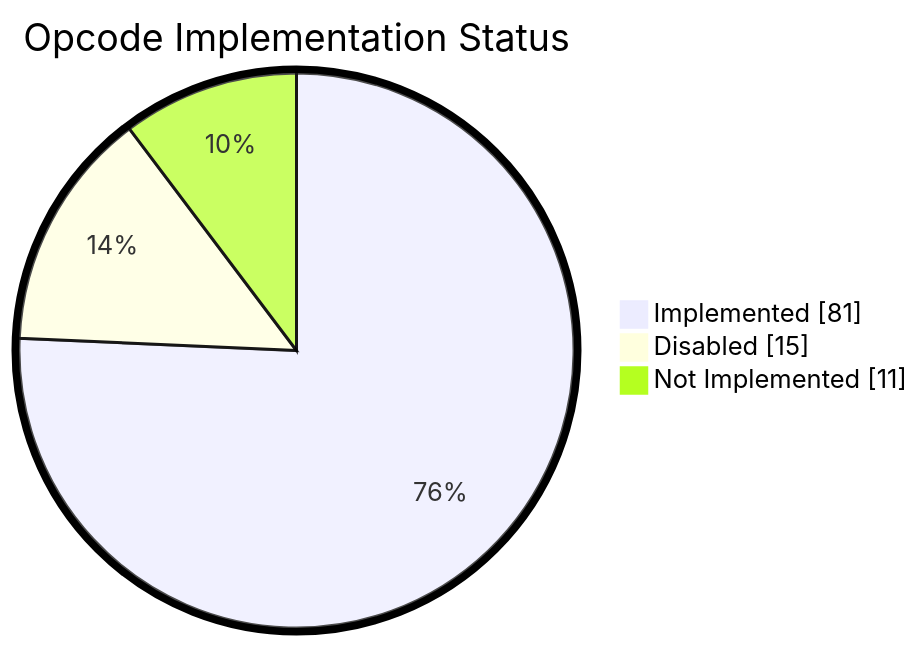
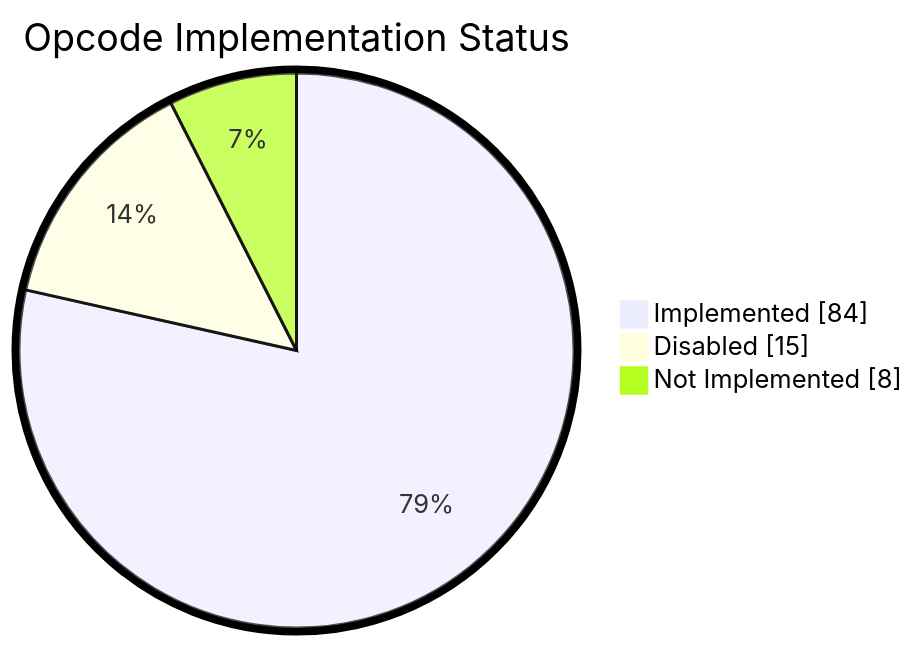
One commit to keep-starknet-strange/shinigami changed the diagram in README.md. Above: the diagram before and after it, drawn with Mermaid. The commit also changed other lines of this file and 1 other file, not shown here.

````diff
--- a/README.md
+++ b/README.md
@@ -54,8 +54,8 @@
 ```mermaid
 %%{init: {"pie": {"textPosition": 0.75}, "themeVariables": {"pieOuterStrokeWidth": "5px"}} }%%
 pie showData
     title Opcode Implementation Status
-    "Implemented" : 81
+    "Implemented" : 84
     "Disabled" : 15
-    "Not Implemented" : 11
+    "Not Implemented" : 8
 ```
````
